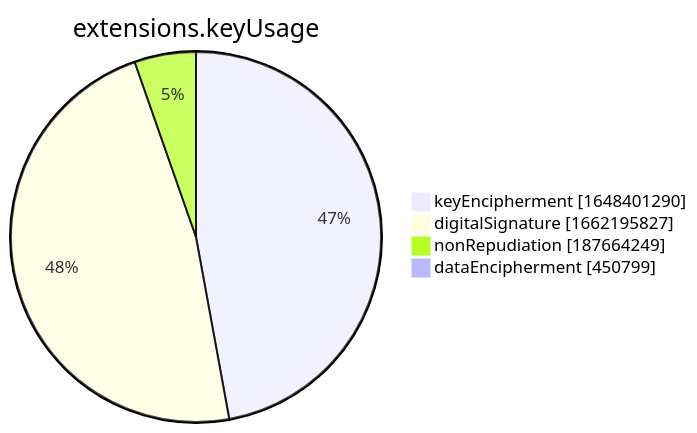
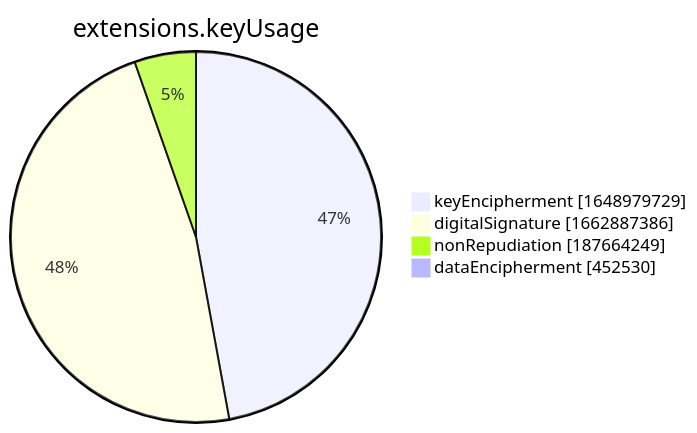
The seventh of 15 diagrams in xenon2022/README.md (christiankrug/ctmonitor_visualization), drawn with Mermaid before and after one commit. The commit also changed other lines of this file, not shown here.

````diff
--- a/xenon2022/README.md
+++ b/xenon2022/README.md
@@ -2857,8 +2857,8 @@
 ```mermaid
 pie showData
 title extensions.keyUsage
-"keyEncipherment" :1648401290
-"digitalSignature" :1662195827
+"keyEncipherment" :1648979729
+"digitalSignature" :1662887386
 "nonRepudiation" :187664249
-"dataEncipherment" :450799
+"dataEncipherment" :452530
 ```
````
